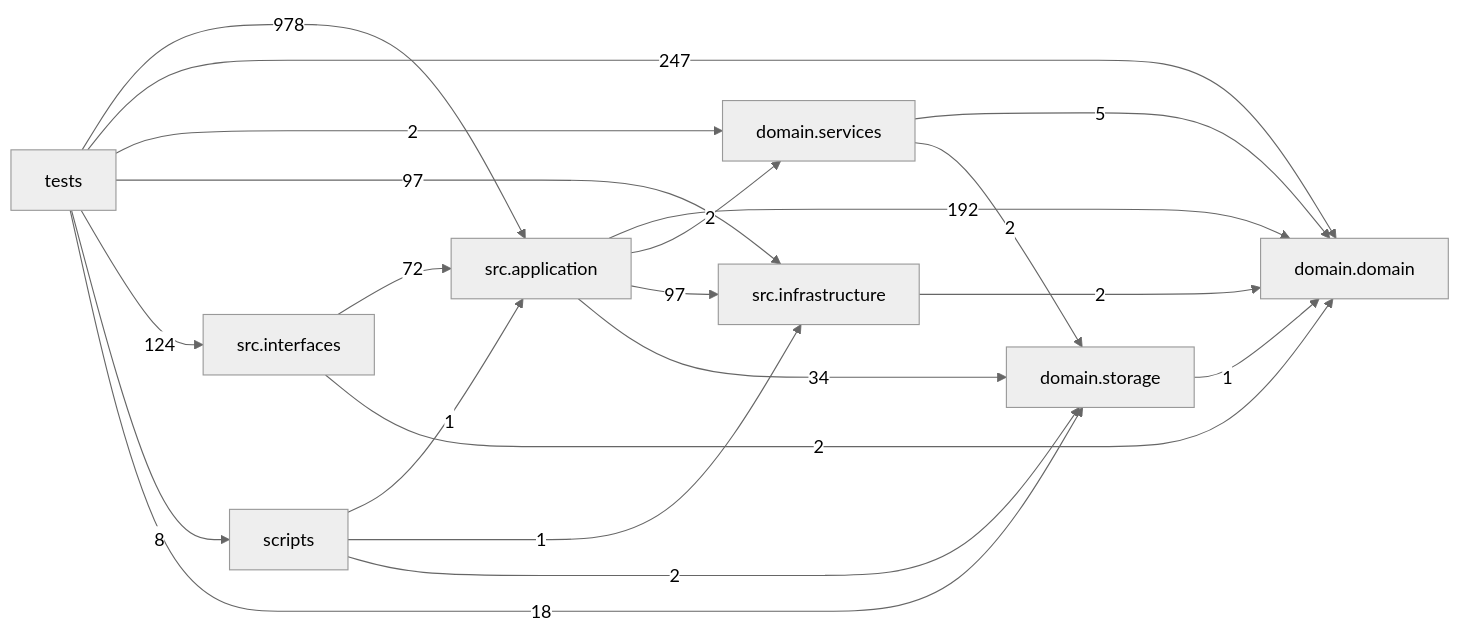
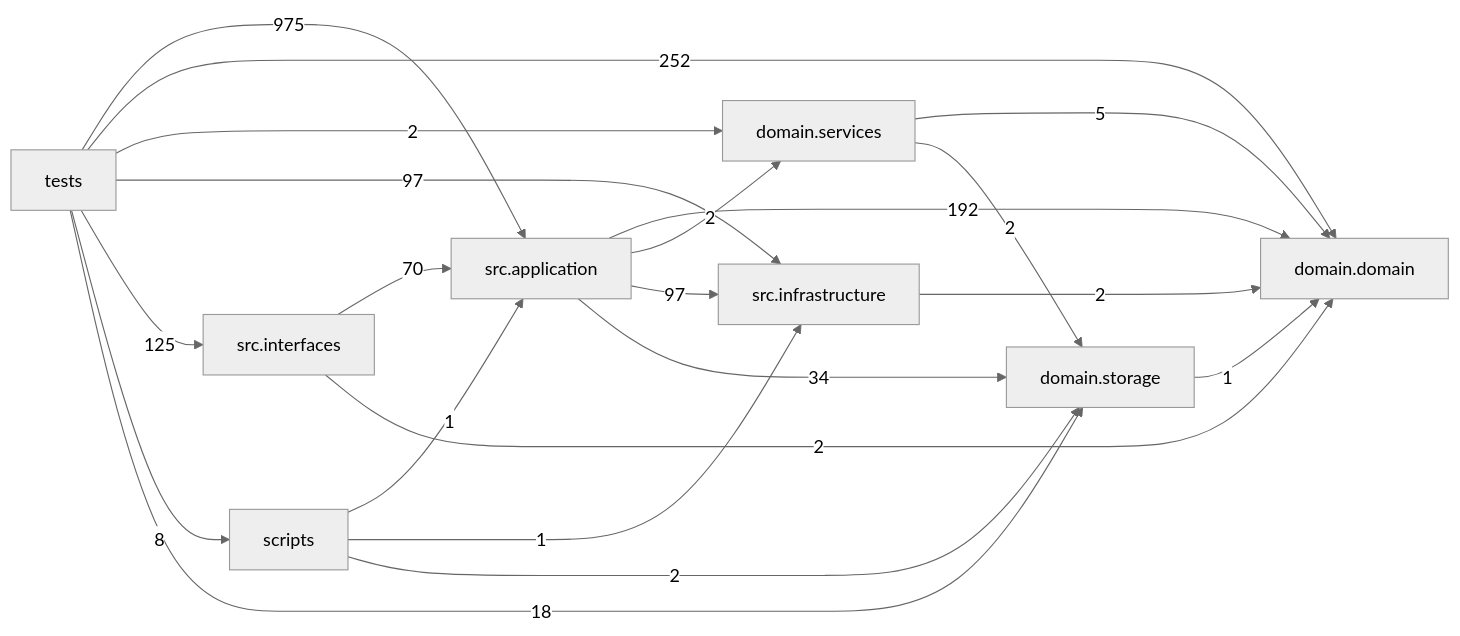
One commit to liuxie066/options-monitor changed the diagram in docs/DEPENDENCY_GRAPH.md. Above: the diagram before and after it, drawn with Mermaid (neutral theme). The commit also changed other lines of this file and 57 other files, not shown here.

````diff
--- a/docs/DEPENDENCY_GRAPH.md
+++ b/docs/DEPENDENCY_GRAPH.md
@@ -24,31 +24,31 @@
 ```mermaid
 flowchart LR
   tests["tests"]
   scripts["scripts"]
   interfaces["src.interfaces"]
   application["src.application"]
   infrastructure["src.infrastructure"]
   domain_services["domain.services"]
   domain["domain.domain"]
   storage["domain.storage"]
   application -->|192| domain
   application -->|2| domain_services
   application -->|97| infrastructure
   application -->|34| storage
   domain_services -->|5| domain
   domain_services -->|2| storage
   infrastructure -->|2| domain
-  interfaces -->|72| application
+  interfaces -->|70| application
   interfaces -->|2| domain
   scripts -->|1| application
   scripts -->|1| infrastructure
   scripts -->|2| storage
   storage -->|1| domain
-  tests -->|978| application
-  tests -->|247| domain
+  tests -->|975| application
+  tests -->|252| domain
   tests -->|2| domain_services
   tests -->|97| infrastructure
-  tests -->|124| interfaces
+  tests -->|125| interfaces
   tests -->|8| scripts
   tests -->|18| storage
 ```
````
